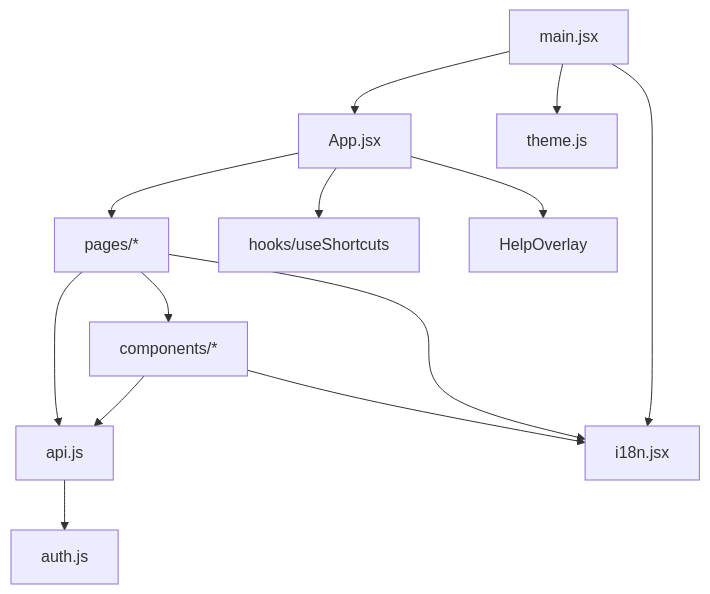
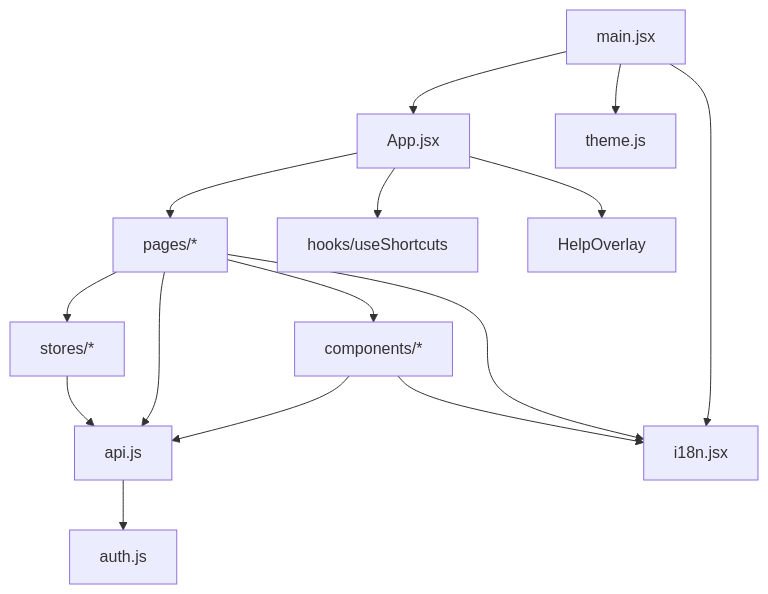
The third of 4 diagrams in docs/architecture.md (ZhanybekDev/notes-app), drawn with Mermaid before and after one commit. The commit also changed other lines of this file and 8 other files, not shown here.

````diff
--- a/docs/architecture.md
+++ b/docs/architecture.md
@@ -83,15 +83,17 @@
 ```mermaid
 graph TD
     MAIN[main.jsx] --> APP[App.jsx]
     APP --> PAGES["pages/*"]
     APP --> HOOKS[hooks/useShortcuts]
     APP --> HELP[HelpOverlay]
     PAGES --> COMP["components/*"]
-    PAGES --> API[api.js]
+    PAGES --> STORES["stores/*"]
+    STORES --> API[api.js]
+    PAGES --> API
     COMP --> API
     COMP --> I18N[i18n.jsx]
     PAGES --> I18N
     API --> AUTH[auth.js]
     MAIN --> I18N
     MAIN --> THEME[theme.js]
 ```
````
